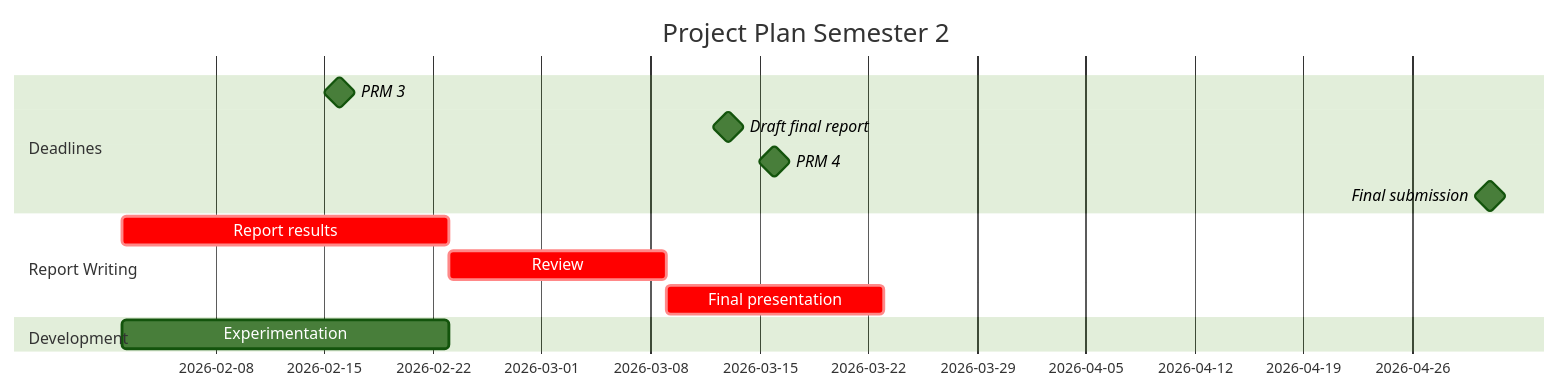
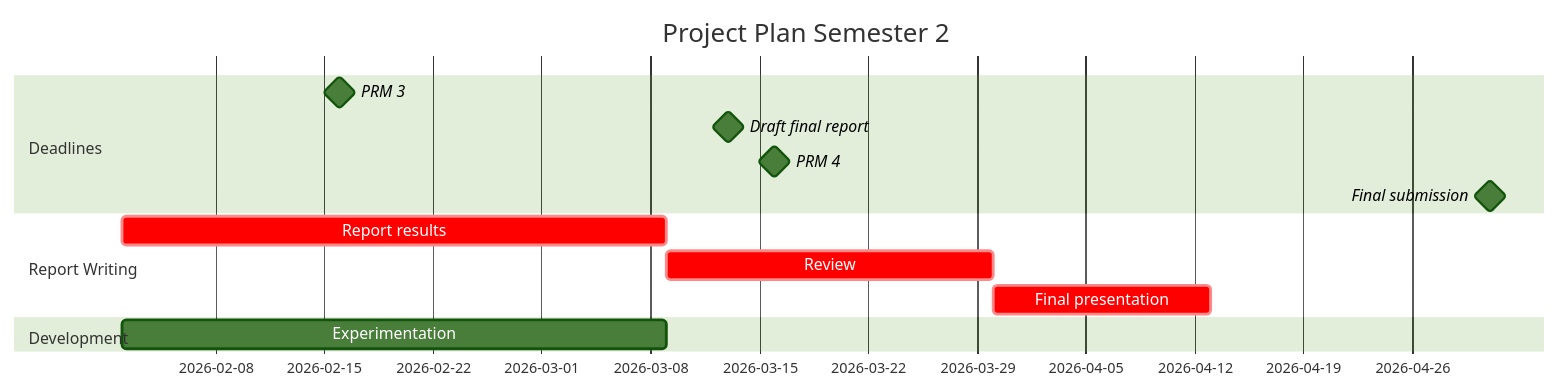
Before and after one commit to coding-beagle/BETC-Mote: the second of 2 diagrams in deliverables/proposal_imgs/mermaid_source.md, drawn with Mermaid (forest theme). The commit also changed 4 other files, not shown here.

````diff
--- a/deliverables/proposal_imgs/mermaid_source.md
+++ b/deliverables/proposal_imgs/mermaid_source.md
@@ -19,16 +19,16 @@
 ```mermaid
 gantt
     section Deadlines
       PRM 3: milestone, 2026-02-16,
       Draft final report : milestone, 2026-03-13,
       PRM 4: milestone, 2026-03-16,
       Final submission: milestone, 2026-05-01, 
     section Report Writing
       title Project Plan Semester 2
-      Report results  :crit, 2026-02-02, 21d
-      Review :crit, 2026-02-23, 14d
-      Final presentation: crit, 2026-03-09, 14d
+      Report results  :crit, 2026-02-02, 35d
+      Review :crit, 2026-03-09, 21d
+      Final presentation: crit, 2026-03-30, 14d
     section Development
-      Experimentation: 2026-02-02, 21d
+      Experimentation: 2026-02-02, 35d
 
 ```
````
